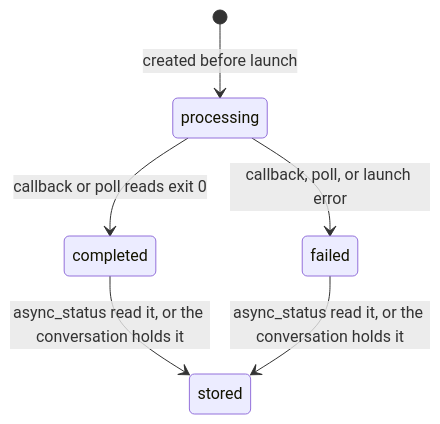
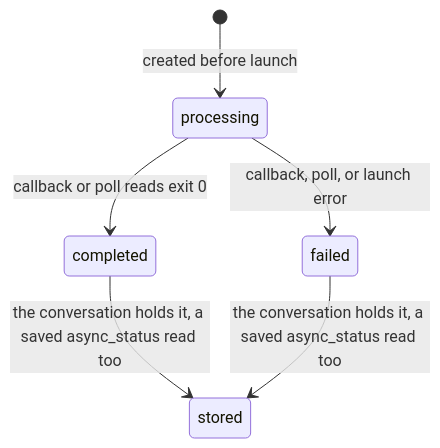
Before and after one commit to beeblastco/broods: diagram 11 of 22 in apps/docs/docs/internals/sandboxes.md, drawn with Mermaid. The commit also changed other lines of this file and 21 other files, not shown here.

````diff
--- a/apps/docs/docs/internals/sandboxes.md
+++ b/apps/docs/docs/internals/sandboxes.md
@@ -317,8 +318,8 @@
 ```mermaid
 stateDiagram-v2
   [*] --> processing: created before launch
   processing --> completed: callback or poll reads exit 0
   processing --> failed: callback, poll, or launch error
-  completed --> stored: async_status read it, or the conversation holds it
-  failed --> stored: async_status read it, or the conversation holds it
+  completed --> stored: the conversation holds it, a saved async_status read too
+  failed --> stored: the conversation holds it, a saved async_status read too
 ```
````
